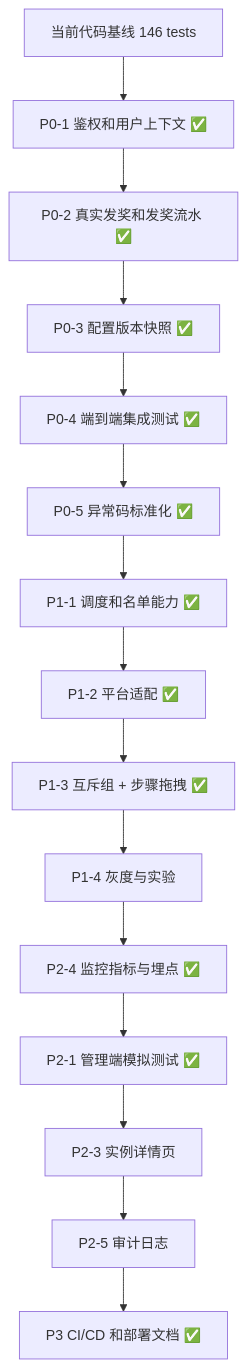
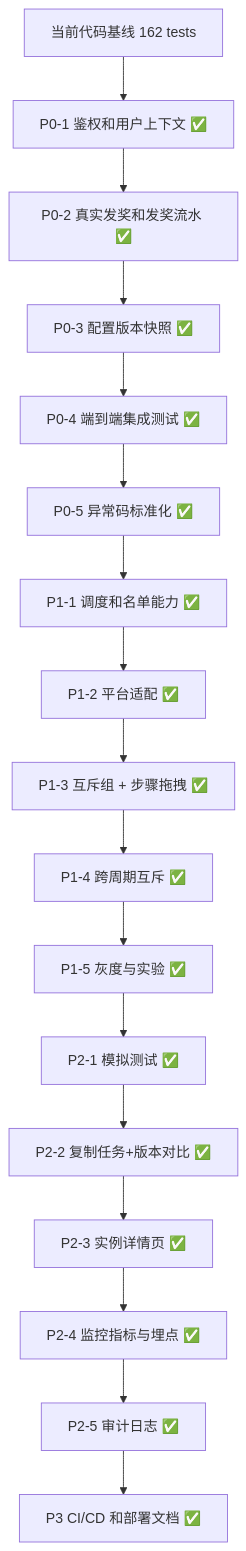
One commit to xuankuxiaohui/marketing-task-platform changed the diagram in docs/current-system-roadmap.md. Above: the diagram before and after it, drawn with Mermaid. The commit also changed other lines of this file and 18 other files, not shown here.

````diff
--- a/docs/current-system-roadmap.md
+++ b/docs/current-system-roadmap.md
@@ -232,17 +226,19 @@
 ```mermaid
 flowchart TD
-    A[当前代码基线 146 tests] --> B[P0-1 鉴权和用户上下文 ✅]
+    A[当前代码基线 162 tests] --> B[P0-1 鉴权和用户上下文 ✅]
     B --> C[P0-2 真实发奖和发奖流水 ✅]
     C --> D[P0-3 配置版本快照 ✅]
     D --> E[P0-4 端到端集成测试 ✅]
     E --> F[P0-5 异常码标准化 ✅]
     F --> G[P1-1 调度和名单能力 ✅]
     G --> H[P1-2 平台适配 ✅]
     H --> I[P1-3 互斥组 + 步骤拖拽 ✅]
-    I --> J[P1-4 灰度与实验]
-    J --> K[P2-4 监控指标与埋点 ✅]
-    K --> L[P2-1 管理端模拟测试 ✅]
-    L --> M[P2-3 实例详情页]
-    M --> N[P2-5 审计日志]
-    N --> O[P3 CI/CD 和部署文档 ✅]
+    I --> J[P1-4 跨周期互斥 ✅]
+    J --> K[P1-5 灰度与实验 ✅]
+    K --> L[P2-1 模拟测试 ✅]
+    L --> M[P2-2 复制任务+版本对比 ✅]
+    M --> N[P2-3 实例详情页 ✅]
+    N --> O[P2-4 监控指标与埋点 ✅]
+    O --> P[P2-5 审计日志 ✅]
+    P --> Q[P3 CI/CD 和部署文档 ✅]
 ```
````
